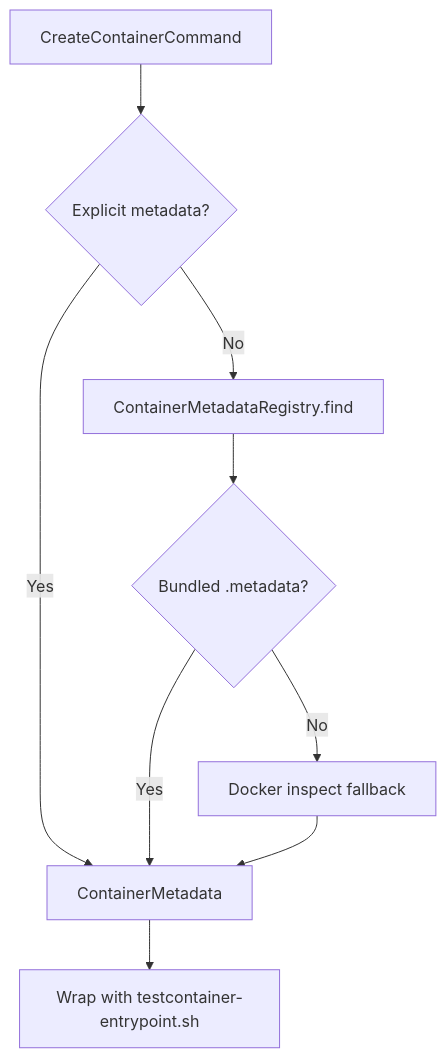
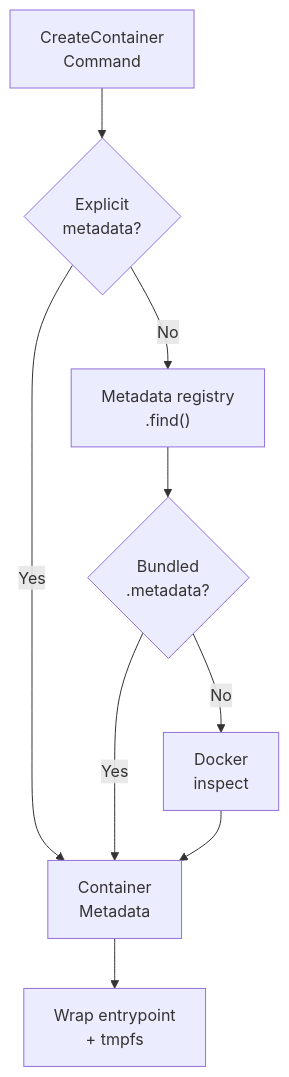
Before and after one commit to sviatoslav1989/preinit-testcontainers: the second of 2 diagrams in README.md, drawn with Mermaid.

Commit message:
README.md

````diff
--- a/README.md
+++ b/README.md
@@ -299,12 +299,12 @@
 ```mermaid
 flowchart TD
-    cmd["CreateContainerCommand"]
-    cmd --> q1{"Explicit metadata?"}
-    q1 -->|Yes| meta["ContainerMetadata"]
-    q1 -->|No| reg["ContainerMetadataRegistry.find"]
-    reg --> q2{"Bundled .metadata?"}
+    cmd["CreateContainer<br/>Command"]
+    cmd --> q1{"Explicit<br/>metadata?"}
+    q1 -->|Yes| meta["Container<br/>Metadata"]
+    q1 -->|No| reg["Metadata registry<br/>.find()"]
+    reg --> q2{"Bundled<br/>.metadata?"}
     q2 -->|Yes| meta
-    q2 -->|No| inspect["Docker inspect fallback"]
+    q2 -->|No| inspect["Docker<br/>inspect"]
     inspect --> meta
-    meta --> wrap["Wrap with testcontainer-entrypoint.sh"]
+    meta --> wrap["Wrap entrypoint<br/>+ tmpfs"]
 ```
````
